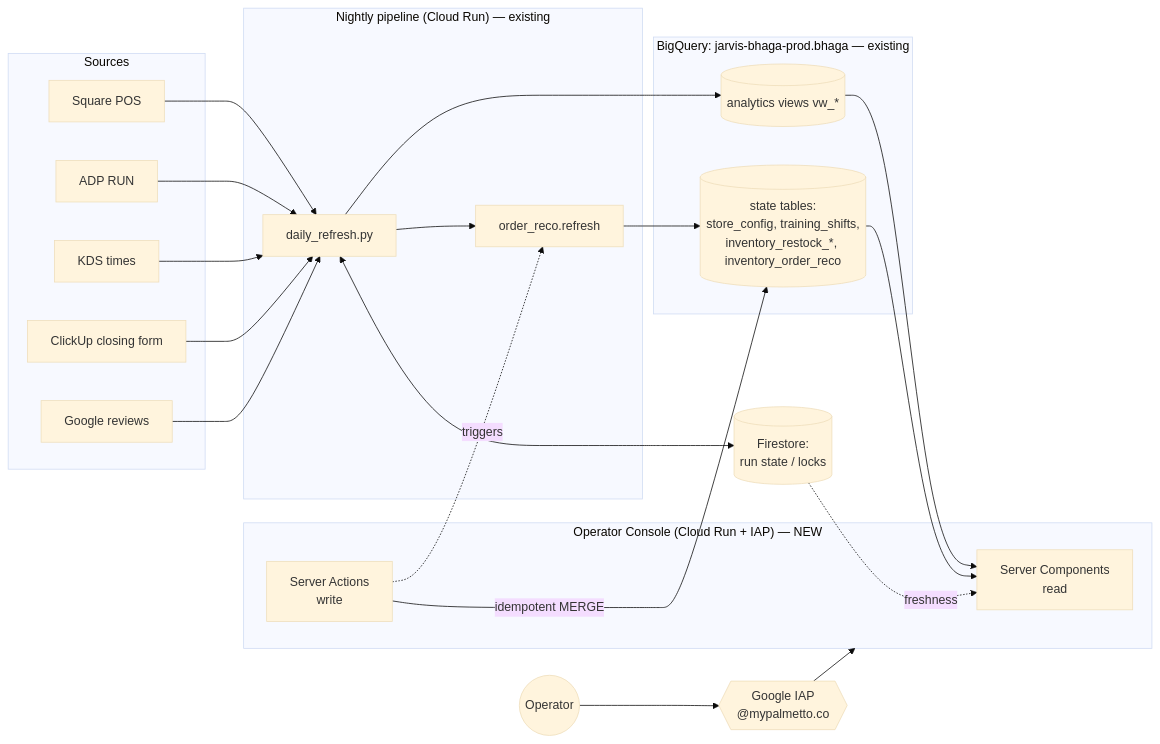
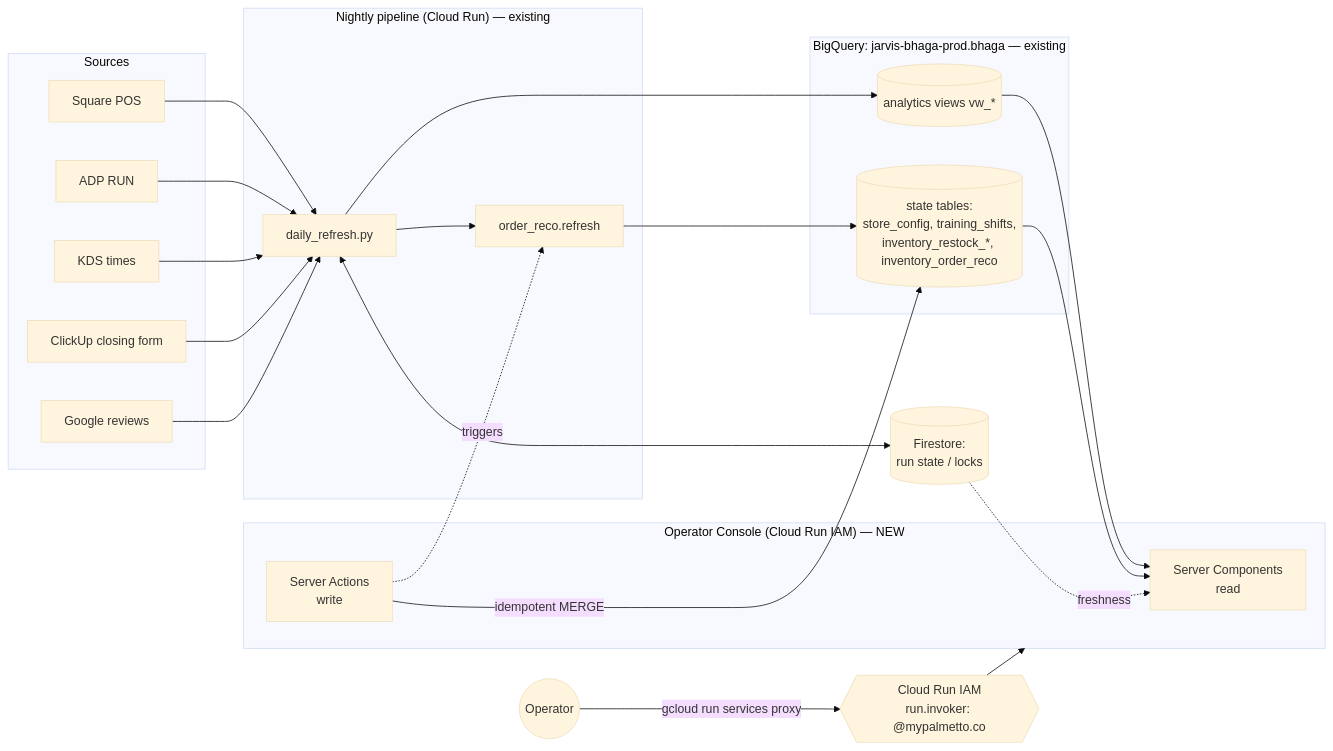
One commit to aditya2kx/jarvis changed the first of 5 diagrams in docs/operator-console/ARCHITECTURE.md. Above: the diagram before and after it, drawn with Mermaid (base theme). The commit also changed other lines of this file and 28 other files, not shown here.

````diff
--- a/docs/operator-console/ARCHITECTURE.md
+++ b/docs/operator-console/ARCHITECTURE.md
@@ -103,35 +103,35 @@
 ```mermaid
 flowchart LR
   subgraph Sources
     SQ[Square POS]
     ADP[ADP RUN]
     KDS[KDS times]
     CU[ClickUp closing form]
     GR[Google reviews]
   end
   subgraph Pipeline["Nightly pipeline (Cloud Run) — existing"]
     DR[daily_refresh.py]
     OR[order_reco.refresh]
   end
   subgraph BQ["BigQuery: jarvis-bhaga-prod.bhaga — existing"]
     V[(analytics views vw_*)]
     T[(state tables:\nstore_config, training_shifts,\ninventory_restock_*, inventory_order_reco)]
   end
   FS[(Firestore:\nrun state / locks)]
 
   SQ & ADP & KDS & CU & GR --> DR --> V
   DR --> OR --> T
   DR <--> FS
 
-  subgraph Console["Operator Console (Cloud Run + IAP) — NEW"]
+  subgraph Console["Operator Console (Cloud Run IAM) — NEW"]
     RSC[Server Components\nread]
     ACT[Server Actions\nwrite]
   end
-  IAP{{Google IAP\n@mypalmetto.co}}
-  OP((Operator)) --> IAP --> Console
+  IAM{{Cloud Run IAM\nrun.invoker: @mypalmetto.co}}
+  OP((Operator)) -->|gcloud run services proxy| IAM --> Console
   V --> RSC
   T --> RSC
   FS -. freshness .-> RSC
   ACT -->|idempotent MERGE| T
   ACT -.triggers.-> OR
 ```
````
